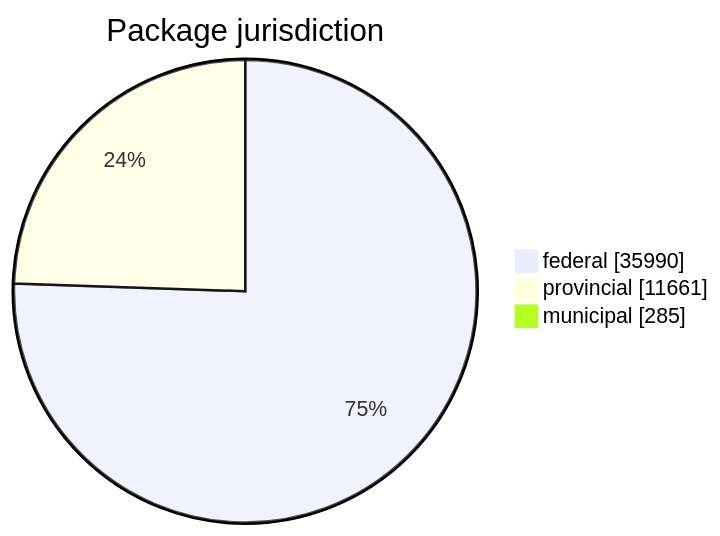
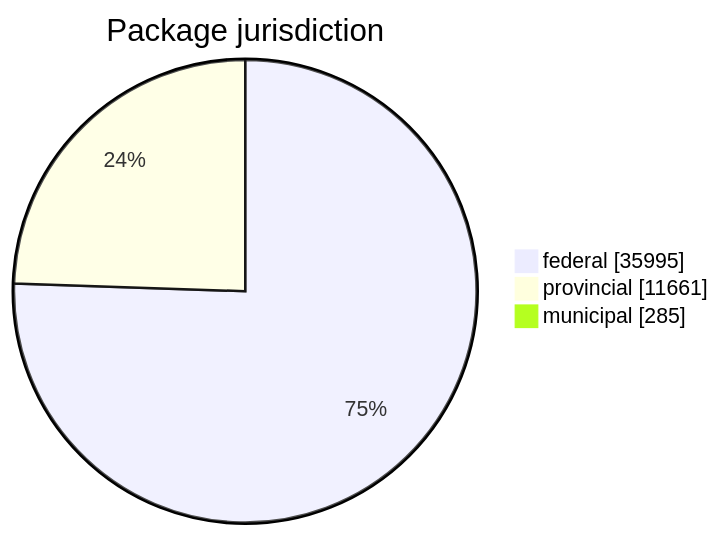
Before and after one commit to open-data/analytics-corporate-reporting: the first of 5 diagrams in FreshCheck/README.md, drawn with Mermaid. The commit also changed other lines of this file and 3 other files, not shown here.

````diff
--- a/FreshCheck/README.md
+++ b/FreshCheck/README.md
@@ -60,6 +60,6 @@
 ```mermaid
 pie showData title Package jurisdiction
-    "federal": 35990
+    "federal": 35995
     "provincial": 11661
     "municipal": 285
 ```
````
